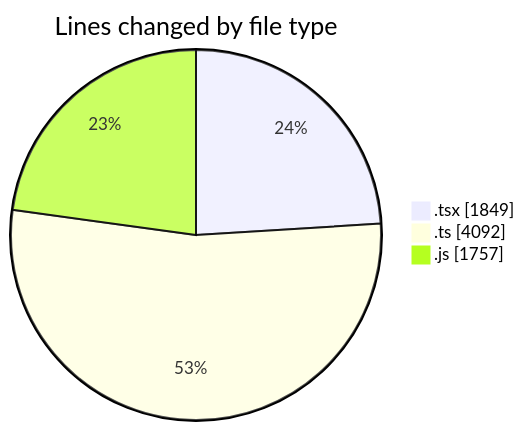
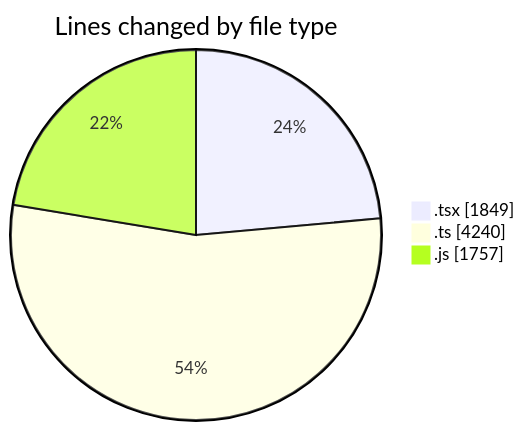
The first of 2 diagrams in 2026-07-31/cda/README.md (momahboobian/code-tracking), drawn with Mermaid before and after one commit. The commit also changed other lines of this file and 1 other file, not shown here.

````diff
--- a/2026-07-31/cda/README.md
+++ b/2026-07-31/cda/README.md
@@ -46,7 +47,7 @@
 ```mermaid
 pie showData
 title Lines changed by file type
 ".tsx" : 1849
-".ts" : 4092
+".ts" : 4240
 ".js" : 1757
 ```
````
